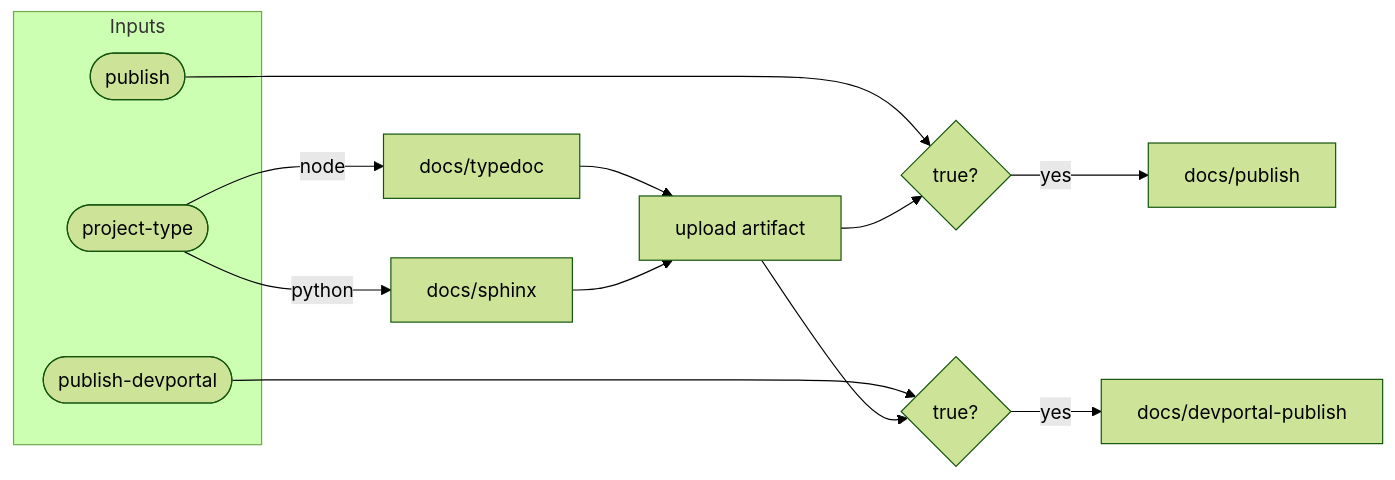
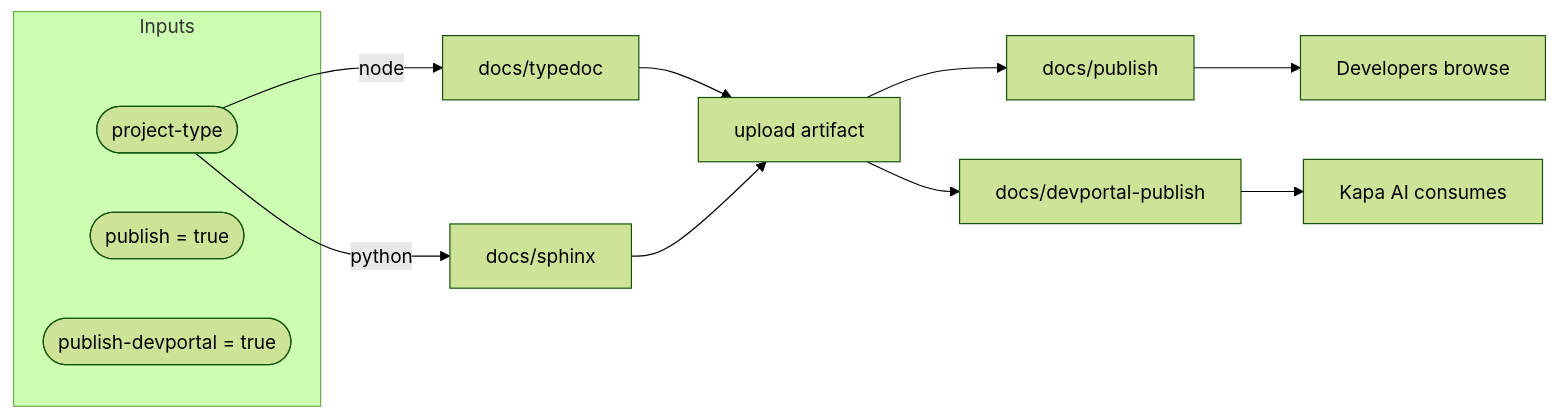
Before and after one commit to mrcointreau/shared-config: the diagram in slides/slides/18-docs-workflow-flow.md, drawn with Mermaid (forest theme). The commit also changed other lines of this file and 13 other files, not shown here.

````diff
--- a/slides/slides/18-docs-workflow-flow.md
+++ b/slides/slides/18-docs-workflow-flow.md
@@ -7,18 +7,16 @@
 ```mermaid {scale: 0.55}
 flowchart LR
   subgraph inputs[Inputs]
     pt([project-type])
-    pub([publish])
-    devp([publish-devportal])
+    pub([publish = true])
+    devp([publish-devportal = true])
   end
   pt -->|node| typedoc[docs/typedoc]
   pt -->|python| sphinx[docs/sphinx]
   typedoc --> artifact[upload artifact]
   sphinx --> artifact
-  pub --> pub_check{true?}
-  devp --> dev_check{true?}
-  artifact --> pub_check
-  artifact --> dev_check
-  pub_check -->|yes| pages[docs/publish]
-  dev_check -->|yes| devportal[docs/devportal-publish]
+  artifact --> pages[docs/publish]
+  artifact --> devportal[docs/devportal-publish]
+  devportal --> kapa[Kapa AI consumes]
+  pages --> devs[Developers browse]
 ```
````
